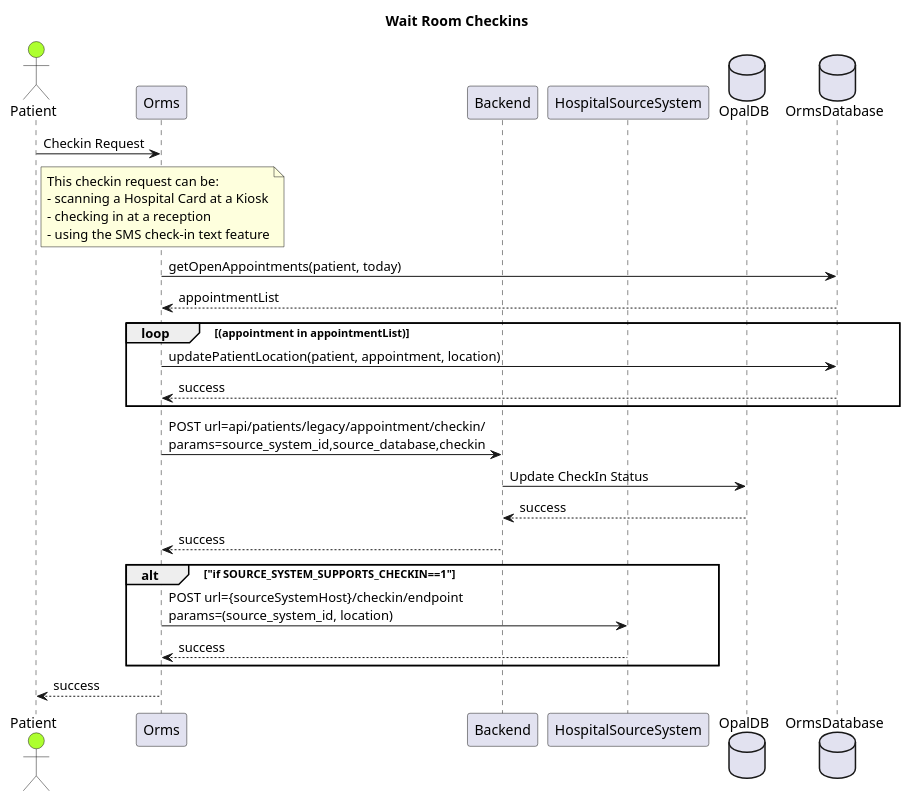
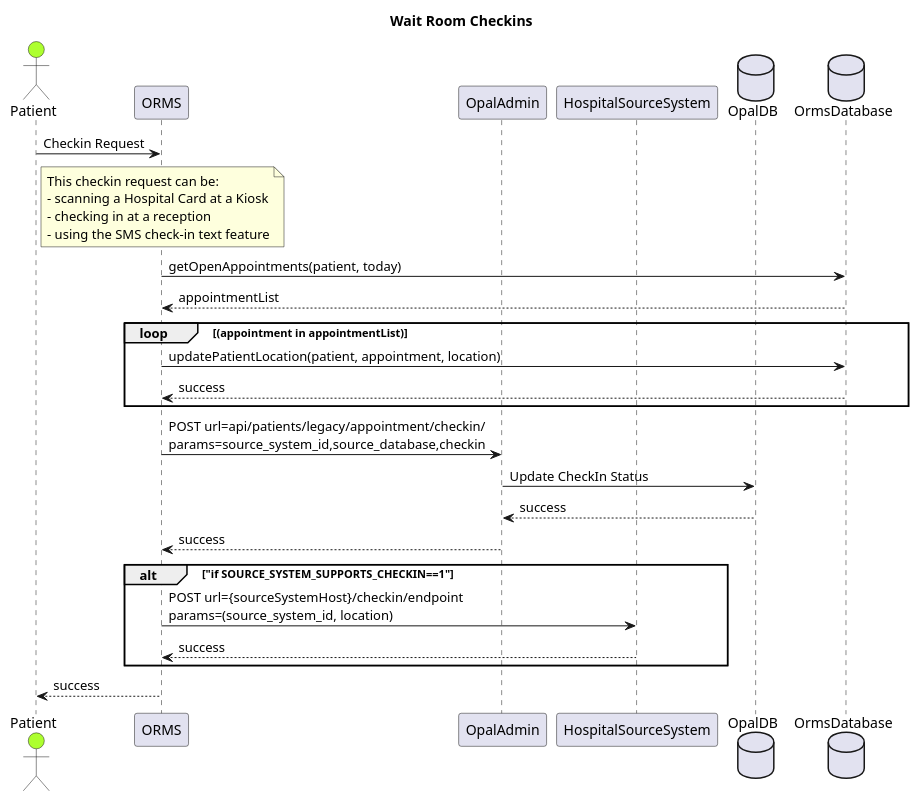
The diagram in docs/development/architecture/diagrams/checkins/orms_checkins.puml (opalmedapps/docs), drawn with PlantUML before and after one commit. The commit also changed 5 other files, not shown here.

```diff
--- a/docs/development/architecture/diagrams/checkins/orms_checkins.puml
+++ b/docs/development/architecture/diagrams/checkins/orms_checkins.puml
@@ -5,34 +5,34 @@
 @startuml Wait Room Checkins
 title "Wait Room Checkins"
 actor Patient as patient #GreenYellow
-participant Orms as orms
-participant Backend as backend
+participant ORMS as orms
+participant OpalAdmin as backend
 participant HospitalSourceSystem as source
 database OpalDB as opaldb
 database OrmsDatabase as ormsdb
 
 patient -> orms: Checkin Request
 note right of patient
 This checkin request can be:
 - scanning a Hospital Card at a Kiosk
 - checking in at a reception
 - using the SMS check-in text feature
 end note
 orms -> ormsdb: getOpenAppointments(patient, today)
 ormsdb --> orms: appointmentList
 loop (appointment in appointmentList)
     orms -> ormsdb: updatePatientLocation(patient, appointment, location)
     ormsdb --> orms: success
 end
 orms -> backend: POST url=api/patients/legacy/appointment/checkin/\nparams=source_system_id,source_database,checkin
 backend -> opaldb: Update CheckIn Status
 opaldb --> backend: success
 backend --> orms: success
 
 alt "if SOURCE_SYSTEM_SUPPORTS_CHECKIN==1"
     orms -> source: POST url={sourceSystemHost}/checkin/endpoint\nparams=(source_system_id, location)
     source --> orms: success
 end
 
 orms --> patient: success
 @enduml
```
